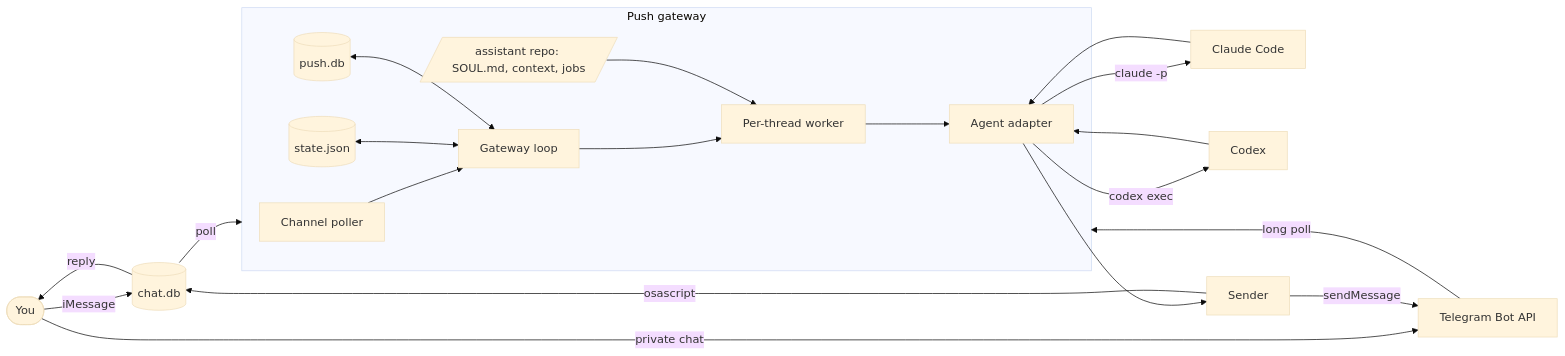
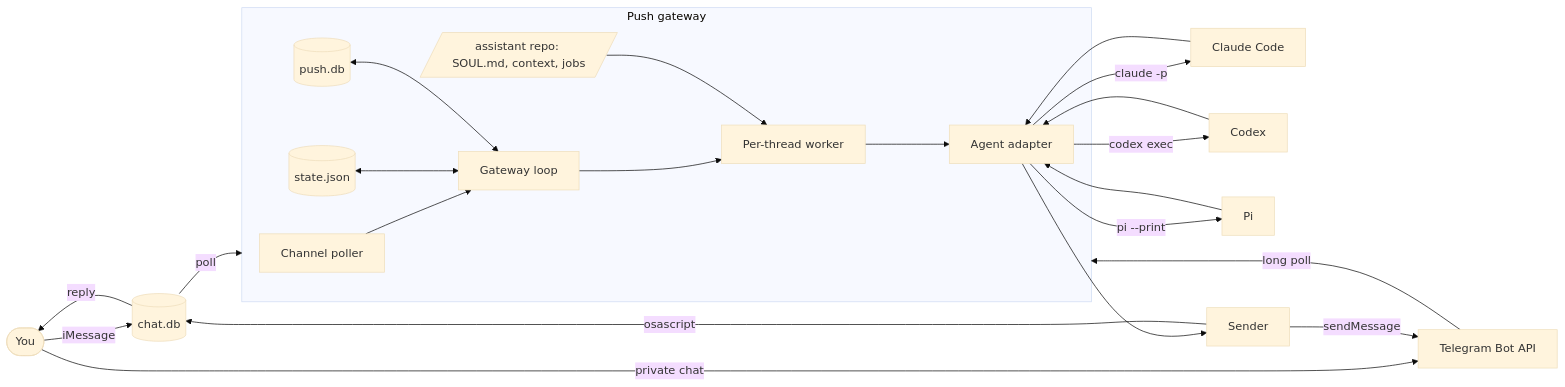
One commit to owainlewis/push changed the first of 2 diagrams in docs/architecture.md. Above: the diagram before and after it, drawn with Mermaid (base theme). The commit also changed other lines of this file and 23 other files, not shown here.

````diff
--- a/docs/architecture.md
+++ b/docs/architecture.md
@@ -64,23 +64,25 @@
 ```mermaid
 flowchart LR
     user([You]) -->|iMessage| db[(chat.db)]
     user -->|private chat| tg[Telegram Bot API]
     db -->|poll| push
     tg -->|long poll| push
     subgraph push[Push gateway]
         poller[Channel poller] --> gateway[Gateway loop]
         gateway --> worker[Per-thread worker]
         store[(state.json)] <--> gateway
         history[(push.db)] <--> gateway
         assistant[/assistant repo: SOUL.md, context, jobs/] --> worker
         worker --> adapter[Agent adapter]
     end
     adapter -->|claude -p| claude[Claude Code]
     adapter -->|codex exec| codex[Codex]
+    adapter -->|pi --print| pi[Pi]
     claude --> adapter
     codex --> adapter
+    pi --> adapter
     adapter --> sender[Sender]
     sender -->|osascript| db
     sender -->|sendMessage| tg
     db -->|reply| user
 ```
````
